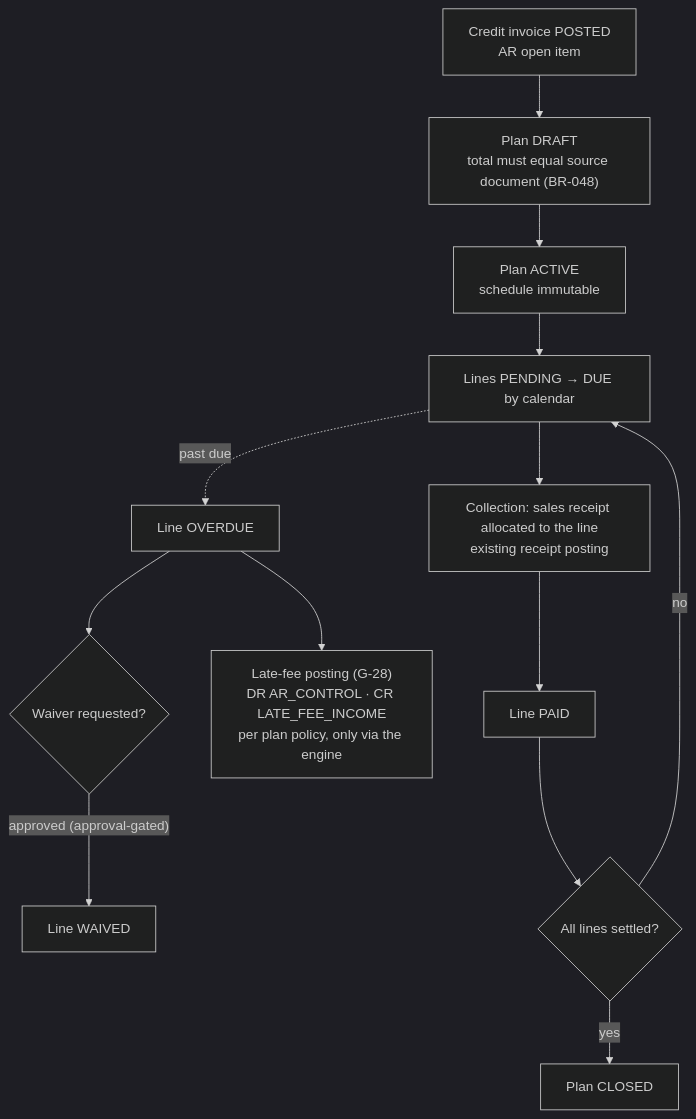
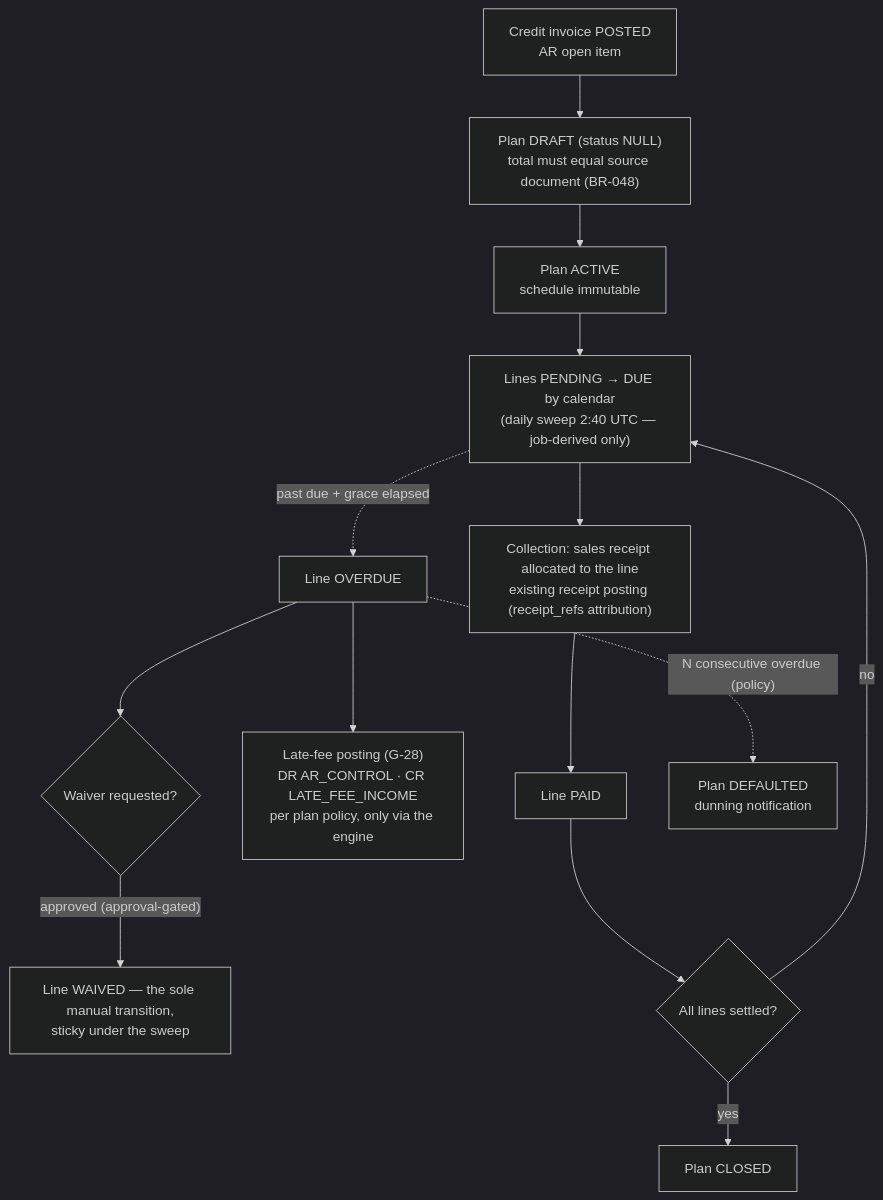
Diagram 12 of 15 in docs/product/BUSINESS_WORKFLOWS.md (kasem520000/ERP_2), drawn with Mermaid (dark theme) before and after one commit. The commit also changed other lines of this file and 143 other files, not shown here.

````diff
--- a/docs/product/BUSINESS_WORKFLOWS.md
+++ b/docs/product/BUSINESS_WORKFLOWS.md
@@ -385,15 +392,16 @@
 ```mermaid
 flowchart TD
-  INV["Credit invoice POSTED<br/>AR open item"] --> PLAN["Plan DRAFT<br/>total must equal source document (BR-048)"]
+  INV["Credit invoice POSTED<br/>AR open item"] --> PLAN["Plan DRAFT (status NULL)<br/>total must equal source document (BR-048)"]
   PLAN --> ACTP["Plan ACTIVE<br/>schedule immutable"]
-  ACTP --> DUE["Lines PENDING → DUE by calendar"]
-  DUE --> COLL["Collection: sales receipt allocated to the line<br/>existing receipt posting"]
+  ACTP --> DUE["Lines PENDING → DUE by calendar<br/>(daily sweep 2:40 UTC — job-derived only)"]
+  DUE --> COLL["Collection: sales receipt allocated to the line<br/>existing receipt posting (receipt_refs attribution)"]
   COLL --> PAID["Line PAID"]
-  DUE -. "past due" .-> OD["Line OVERDUE"]
+  DUE -. "past due + grace elapsed" .-> OD["Line OVERDUE"]
   OD --> FEE["Late-fee posting (G-28)<br/>DR AR_CONTROL · CR LATE_FEE_INCOME<br/>per plan policy, only via the engine"]
   OD --> WV{"Waiver requested?"}
-  WV -- "approved (approval-gated)" --> WVD["Line WAIVED"]
+  WV -- "approved (approval-gated)" --> WVD["Line WAIVED — the sole manual transition,<br/>sticky under the sweep"]
+  OD -. "N consecutive overdue (policy)" .-> DFT["Plan DEFAULTED<br/>dunning notification"]
   PAID --> FIN{"All lines settled?"}
   FIN -- "yes" --> CLOSED["Plan CLOSED"]
   FIN -- "no" --> DUE
 ```
````
